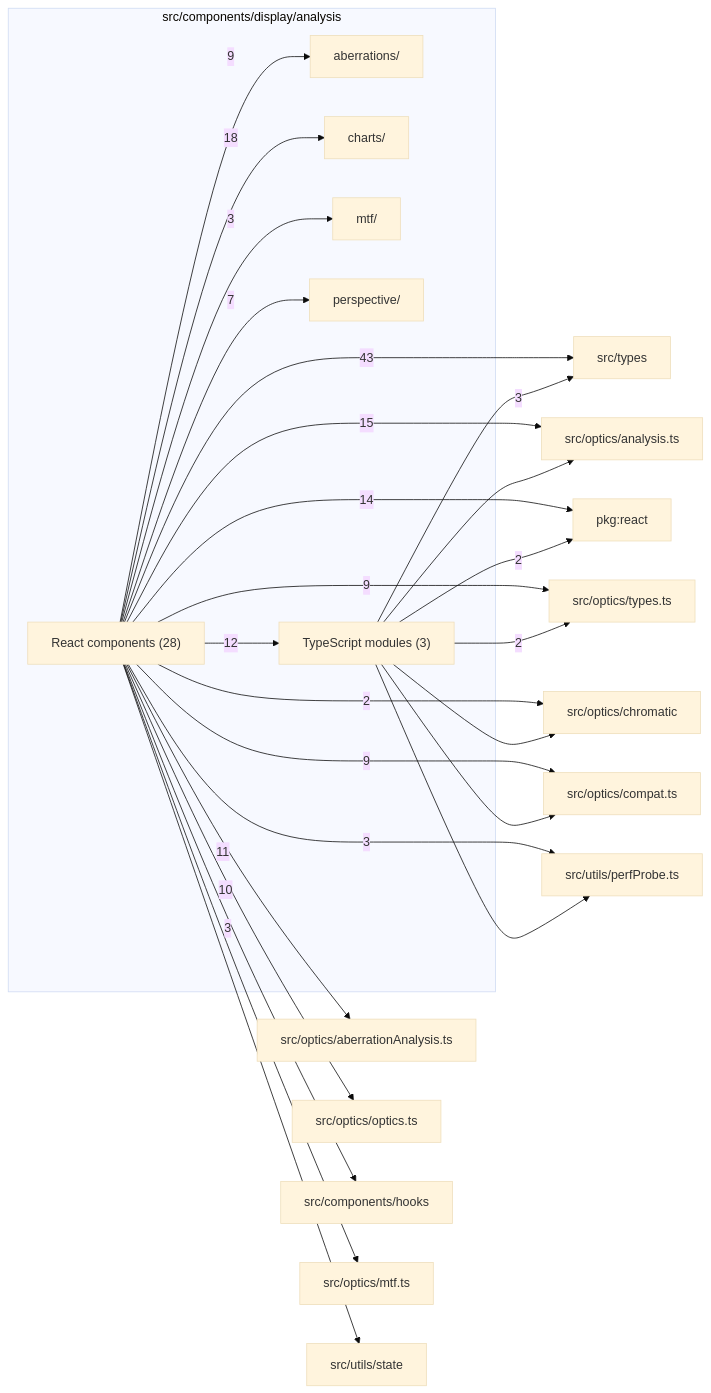
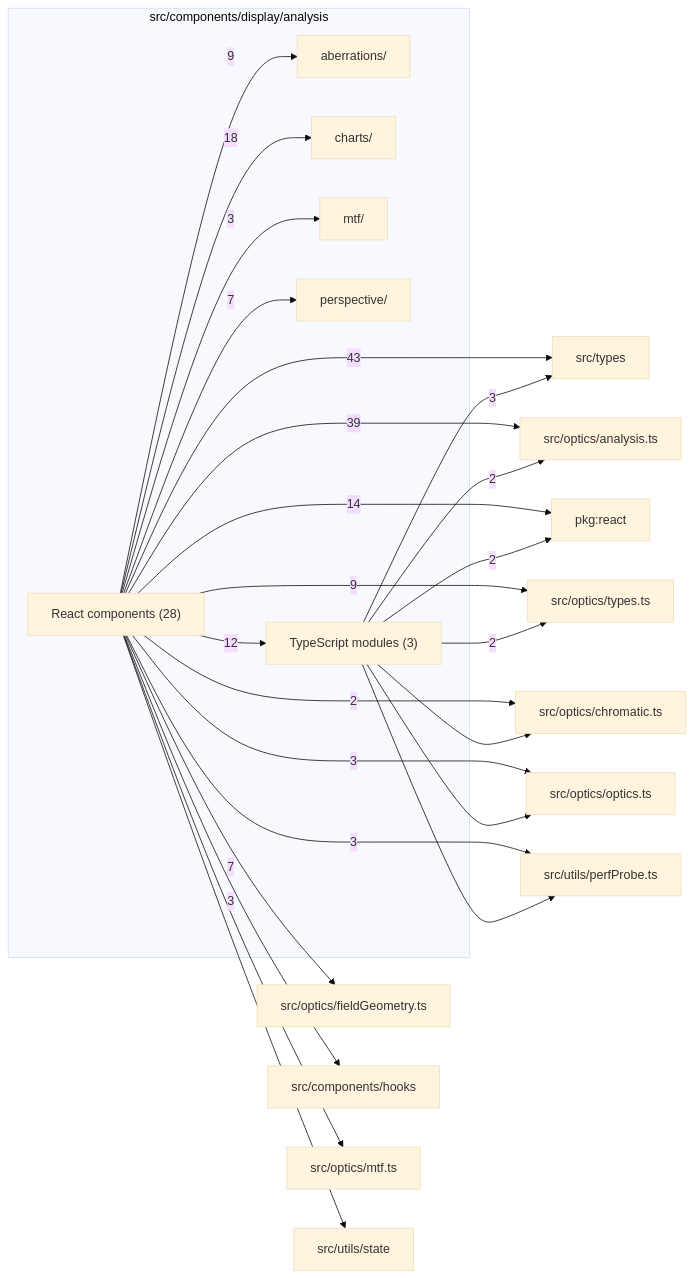
One commit to ronbuening/LensVisualizer changed the diagram in src/components/display/analysis/readme.md. Above: the diagram before and after it, drawn with Mermaid (base theme). The commit also changed other lines of this file and 439 other files, not shown here.

````diff
--- a/src/components/display/analysis/readme.md
+++ b/src/components/display/analysis/readme.md
@@ -9,47 +9,45 @@
 ```mermaid
 flowchart LR
   subgraph n_src_components_display_analysis["src/components/display/analysis"]
     n_src_components_display_analysis_src_components_display_analysis_aberrations["aberrations/"]
     n_src_components_display_analysis_src_components_display_analysis_charts["charts/"]
     n_src_components_display_analysis_src_components_display_analysis_mtf["mtf/"]
     n_src_components_display_analysis_src_components_display_analysis_perspective["perspective/"]
     n_src_components_display_analysis_React_components["React components (28)"]
     n_src_components_display_analysis_TypeScript_modules["TypeScript modules (3)"]
   end
   n_external_src_types["src/types"]
   n_external_src_optics_analysis_ts["src/optics/analysis.ts"]
   n_external_pkg_react["pkg:react"]
-  n_external_src_optics_aberrationAnalysis_ts["src/optics/aberrationAnalysis.ts"]
+  n_external_src_optics_types_ts["src/optics/types.ts"]
+  n_external_src_optics_fieldGeometry_ts["src/optics/fieldGeometry.ts"]
+  n_external_src_components_hooks["src/components/hooks"]
   n_external_src_optics_optics_ts["src/optics/optics.ts"]
-  n_external_src_optics_compat_ts["src/optics/compat.ts"]
-  n_external_src_optics_types_ts["src/optics/types.ts"]
-  n_external_src_components_hooks["src/components/hooks"]
   n_external_src_utils_perfProbe_ts["src/utils/perfProbe.ts"]
-  n_external_src_optics_chromatic["src/optics/chromatic"]
+  n_external_src_optics_chromatic_ts["src/optics/chromatic.ts"]
   n_external_src_optics_mtf_ts["src/optics/mtf.ts"]
   n_external_src_utils_state["src/utils/state"]
   n_src_components_display_analysis_React_components --> |43| n_external_src_types
+  n_src_components_display_analysis_React_components --> |39| n_external_src_optics_analysis_ts
   n_src_components_display_analysis_React_components --> |18| n_src_components_display_analysis_src_components_display_analysis_charts
-  n_src_components_display_analysis_React_components --> |15| n_external_src_optics_analysis_ts
   n_src_components_display_analysis_React_components --> |14| n_external_pkg_react
   n_src_components_display_analysis_React_components --> |12| n_src_components_display_analysis_TypeScript_modules
-  n_src_components_display_analysis_React_components --> |11| n_external_src_optics_aberrationAnalysis_ts
-  n_src_components_display_analysis_React_components --> |10| n_external_src_optics_optics_ts
-  n_src_components_display_analysis_React_components --> |9| n_external_src_optics_compat_ts
   n_src_components_display_analysis_React_components --> |9| n_external_src_optics_types_ts
   n_src_components_display_analysis_React_components --> |9| n_src_components_display_analysis_src_components_display_analysis_aberrations
+  n_src_components_display_analysis_React_components --> |7| n_external_src_optics_fieldGeometry_ts
   n_src_components_display_analysis_React_components --> |7| n_src_components_display_analysis_src_components_display_analysis_perspective
   n_src_components_display_analysis_React_components --> |3| n_external_src_components_hooks
+  n_src_components_display_analysis_React_components --> |3| n_external_src_optics_optics_ts
   n_src_components_display_analysis_TypeScript_modules --> |3| n_external_src_types
   n_src_components_display_analysis_React_components --> |3| n_external_src_utils_perfProbe_ts
   n_src_components_display_analysis_React_components --> |3| n_src_components_display_analysis_src_components_display_analysis_mtf
   n_src_components_display_analysis_TypeScript_modules --> |2| n_external_pkg_react
-  n_src_components_display_analysis_React_components --> |2| n_external_src_optics_chromatic
+  n_src_components_display_analysis_TypeScript_modules --> |2| n_external_src_optics_analysis_ts
+  n_src_components_display_analysis_React_components --> |2| n_external_src_optics_chromatic_ts
   n_src_components_display_analysis_TypeScript_modules --> |2| n_external_src_optics_types_ts
-  n_src_components_display_analysis_TypeScript_modules --> n_external_src_optics_analysis_ts
-  n_src_components_display_analysis_TypeScript_modules --> n_external_src_optics_chromatic
-  n_src_components_display_analysis_TypeScript_modules --> n_external_src_optics_compat_ts
+  n_src_components_display_analysis_TypeScript_modules --> n_external_src_optics_chromatic_ts
   n_src_components_display_analysis_React_components --> n_external_src_optics_mtf_ts
+  n_src_components_display_analysis_TypeScript_modules --> n_external_src_optics_optics_ts
   n_src_components_display_analysis_TypeScript_modules --> n_external_src_utils_perfProbe_ts
   n_src_components_display_analysis_React_components --> n_external_src_utils_state
 ```
````
